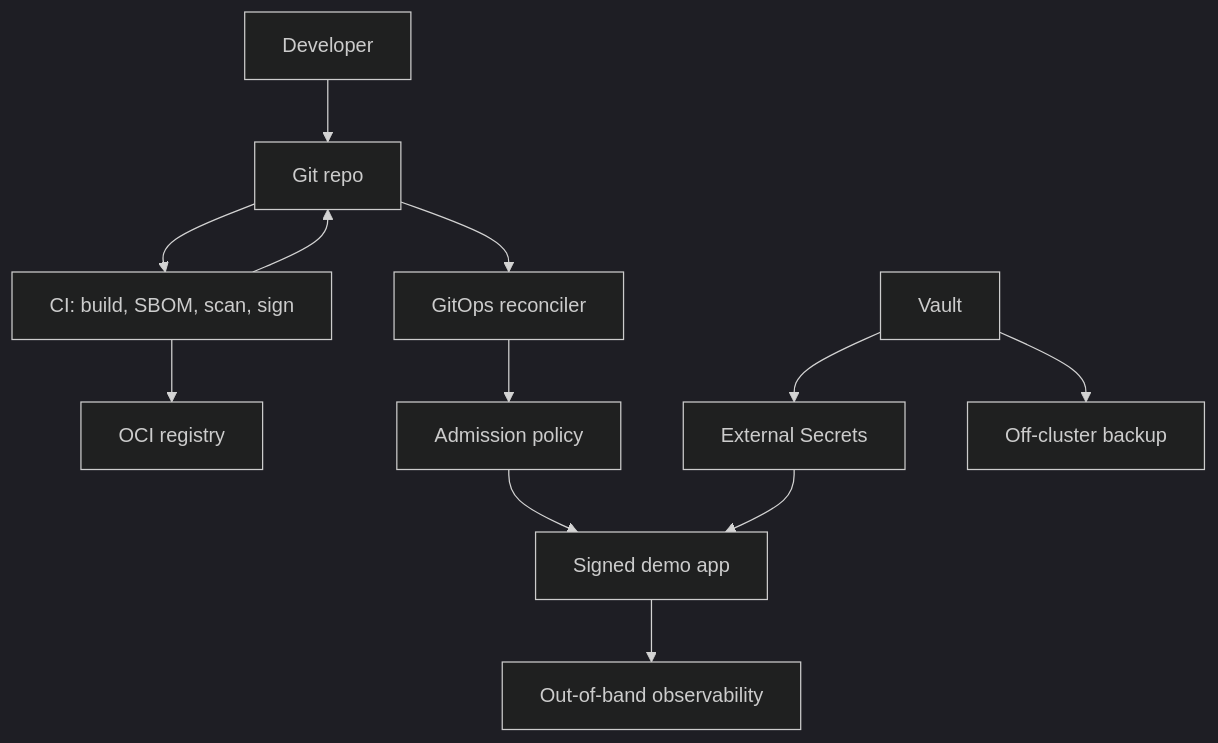
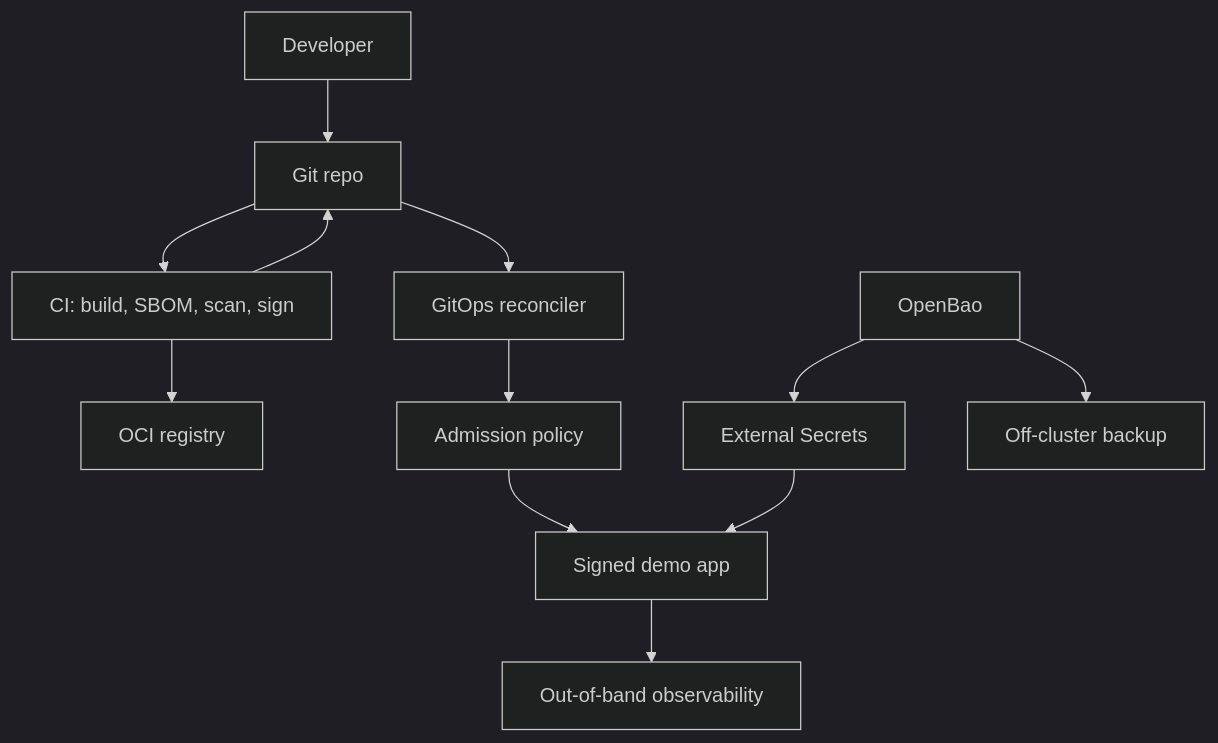
The diagram in README.md (AntonioDevTech/marduk-public), drawn with Mermaid (dark theme) before and after one commit. The commit also changed other lines of this file and 9 other files, not shown here.

````diff
--- a/README.md
+++ b/README.md
@@ -72,14 +92,14 @@
 ```mermaid
 flowchart TB
   dev["Developer"] --> repo["Git repo"]
   repo --> ci["CI: build, SBOM, scan, sign"]
   ci --> registry["OCI registry"]
   ci --> repo
   repo --> argo["GitOps reconciler"]
   argo --> admit["Admission policy"]
   admit --> app["Signed demo app"]
-  vault["Vault"] --> eso["External Secrets"]
+  vault["OpenBao"] --> eso["External Secrets"]
   eso --> app
   app --> obs["Out-of-band observability"]
   vault --> backup["Off-cluster backup"]
 ```
````
